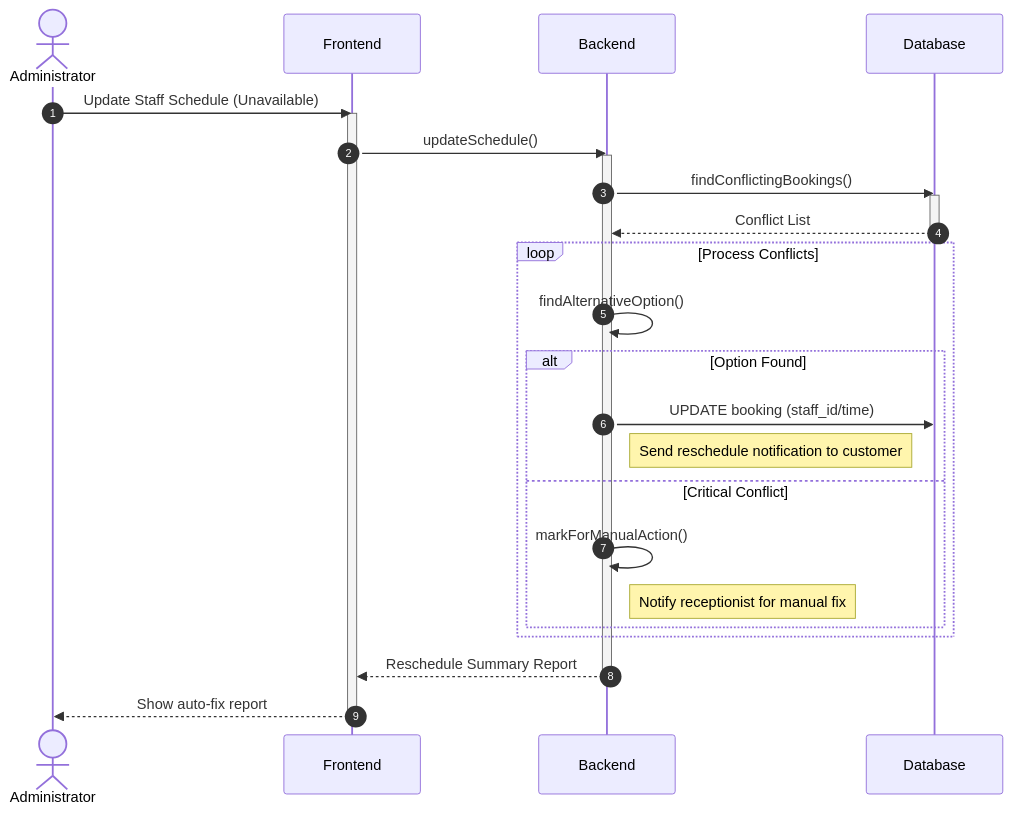
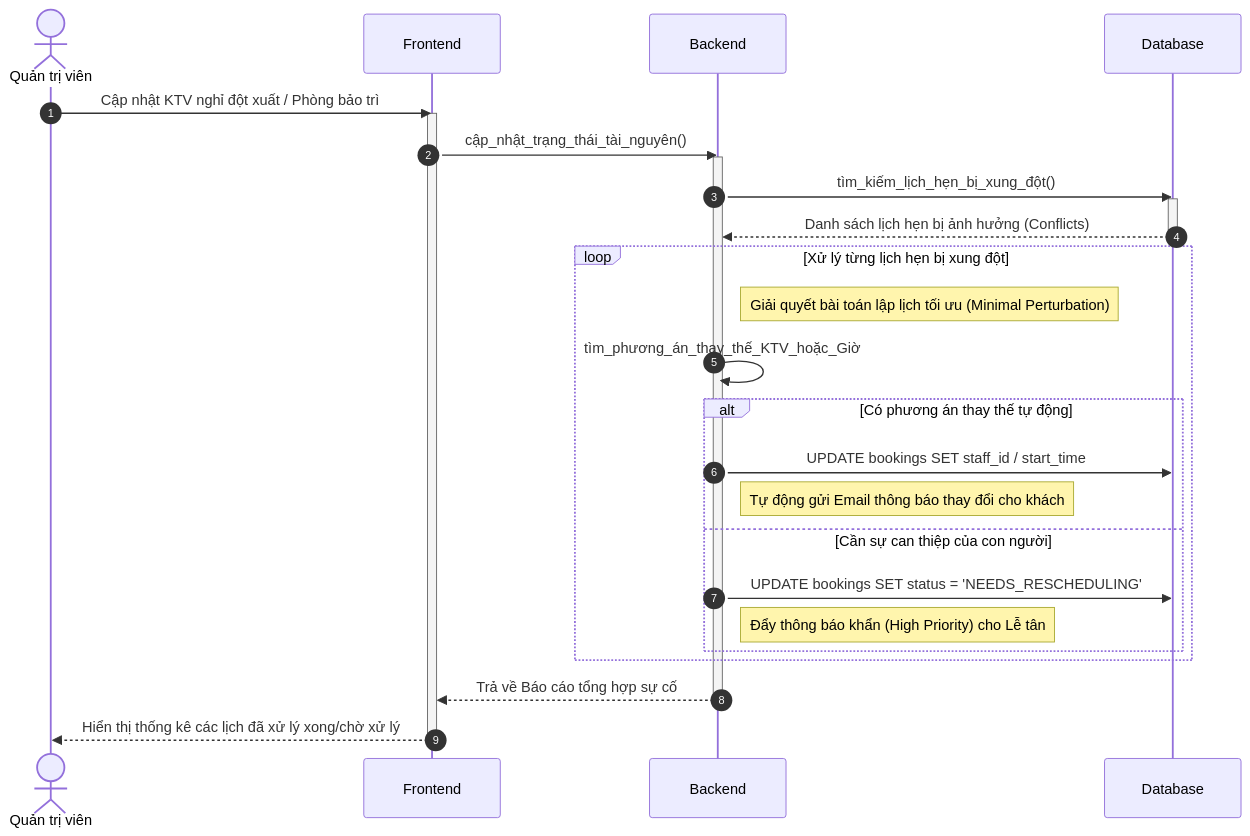
Before and after one commit to ngoctinn/Synapse: the second of 2 diagrams in docs/design/sequences_simplified/receptionist_flows.md, drawn with Mermaid. The commit also changed other lines of this file and 4 other files, not shown here.

Commit message:
docs: Add simplified sequence diagrams for authentication and various user flows.

````diff
--- a/docs/design/sequences_simplified/receptionist_flows.md
+++ b/docs/design/sequences_simplified/receptionist_flows.md
@@ -168,34 +45,36 @@
 ```mermaid
 sequenceDiagram
     autonumber
-    actor Admin as Administrator
+    actor Admin as Quản trị viên
     participant FE as Frontend
     participant BE as Backend
     participant DB as Database
 
-    Admin->>FE: Update Staff Schedule (Unavailable)
+    Admin->>FE: Cập nhật KTV nghỉ đột xuất / Phòng bảo trì
     activate FE
-    FE->>BE: updateSchedule()
+    FE->>BE: cập_nhật_trạng_thái_tài_nguyên()
     activate BE
 
-    BE->>DB: findConflictingBookings()
+    BE->>DB: tìm_kiếm_lịch_hẹn_bị_xung_đột()
     activate DB
-    DB-->>BE: Conflict List
+    DB-->>BE: Danh sách lịch hẹn bị ảnh hưởng (Conflicts)
     deactivate DB
 
-    loop Process Conflicts
-        BE->>BE: findAlternativeOption()
-        alt Option Found
-            BE->>DB: UPDATE booking (staff_id/time)
-            Note right of BE: Send reschedule notification to customer
-        else Critical Conflict
-            BE->>BE: markForManualAction()
-            Note right of BE: Notify receptionist for manual fix
+    loop Xử lý từng lịch hẹn bị xung đột
+        Note right of BE: Giải quyết bài toán lập lịch tối ưu (Minimal Perturbation)
+        BE->>BE: tìm_phương_án_thay_thế_KTV_hoặc_Giờ
+
+        alt Có phương án thay thế tự động
+            BE->>DB: UPDATE bookings SET staff_id / start_time
+            Note right of BE: Tự động gửi Email thông báo thay đổi cho khách
+        else Cần sự can thiệp của con người
+            BE->>DB: UPDATE bookings SET status = 'NEEDS_RESCHEDULING'
+            Note right of BE: Đẩy thông báo khẩn (High Priority) cho Lễ tân
         end
     end
 
-    BE-->>FE: Reschedule Summary Report
+    BE-->>FE: Trả về Báo cáo tổng hợp sự cố
     deactivate BE
-    FE-->>Admin: Show auto-fix report
+    FE-->>Admin: Hiển thị thống kê các lịch đã xử lý xong/chờ xử lý
     deactivate FE
 ```
````
